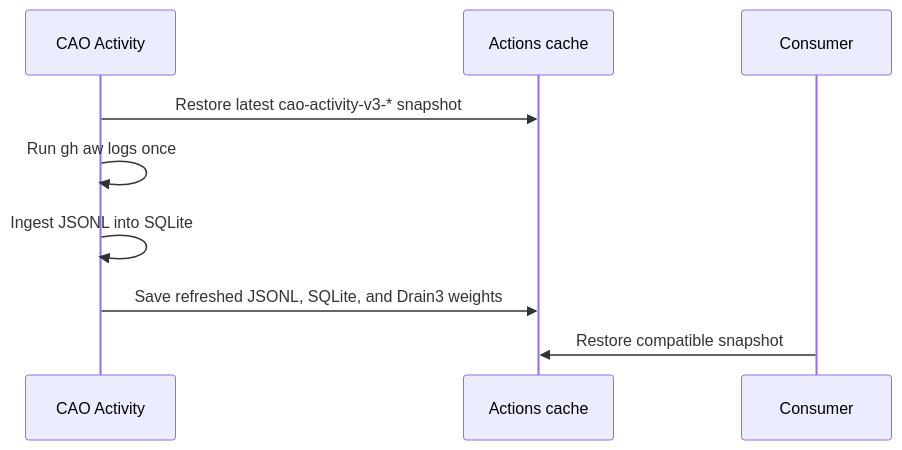
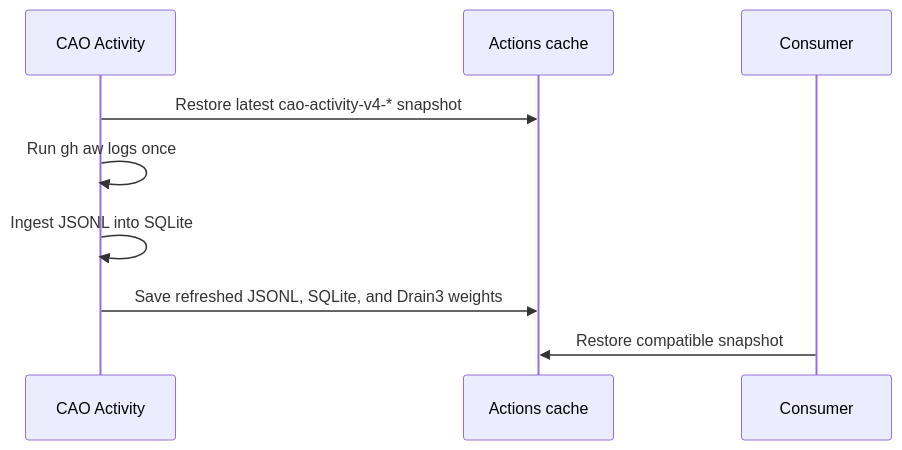
Before and after one commit to elefthei/gh-aw-cao: the diagram in docs/activity.md, drawn with Mermaid. The commit also changed other lines of this file and 77 other files, not shown here.

Commit message:
Simplify the canonical activity database schema (#12604)

````diff
--- a/docs/activity.md
+++ b/docs/activity.md
@@ -15,12 +15,12 @@
 ```mermaid
 sequenceDiagram
   participant Activity as CAO Activity
   participant Cache as Actions cache
   participant Consumer as Consumer
 
-  Activity->>Cache: Restore latest cao-activity-v3-* snapshot
+  Activity->>Cache: Restore latest cao-activity-v4-* snapshot
   Activity->>Activity: Run gh aw logs once
   Activity->>Activity: Ingest JSONL into SQLite
   Activity->>Cache: Save refreshed JSONL, SQLite, and Drain3 weights
   Consumer->>Cache: Restore compatible snapshot
 ```
````
